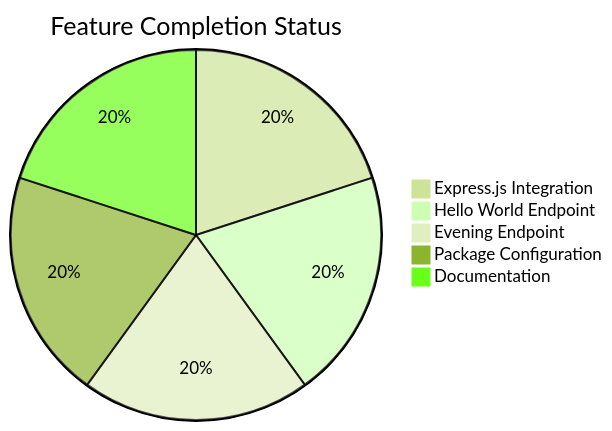
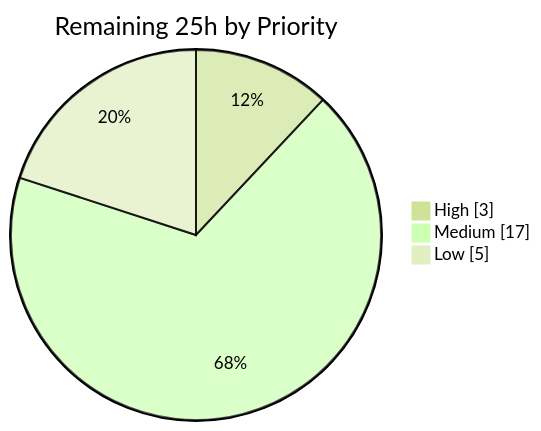
One commit to Sandeep01Kumar/existing-projects-qa-test-08-dec changed the third of 4 diagrams in blitzy/documentation/Project Guide.md. Above: the diagram before and after it, drawn with Mermaid (forest theme). The commit also changed other lines of this file, not shown here.

Commit message:
Adding Blitzy Project Guide: Project Status and Human Tasks Remaining

````diff
--- a/blitzy/documentation/Project Guide.md
+++ b/blitzy/documentation/Project Guide.md
@@ -81,8 +224,6 @@
 ```mermaid
-pie title Feature Completion Status
-    "Express.js Integration" : 100
-    "Hello World Endpoint" : 100
-    "Evening Endpoint" : 100
-    "Package Configuration" : 100
-    "Documentation" : 100
+pie showData title Remaining 25h by Priority
+    "High" : 3
+    "Medium" : 17
+    "Low" : 5
 ```
````
